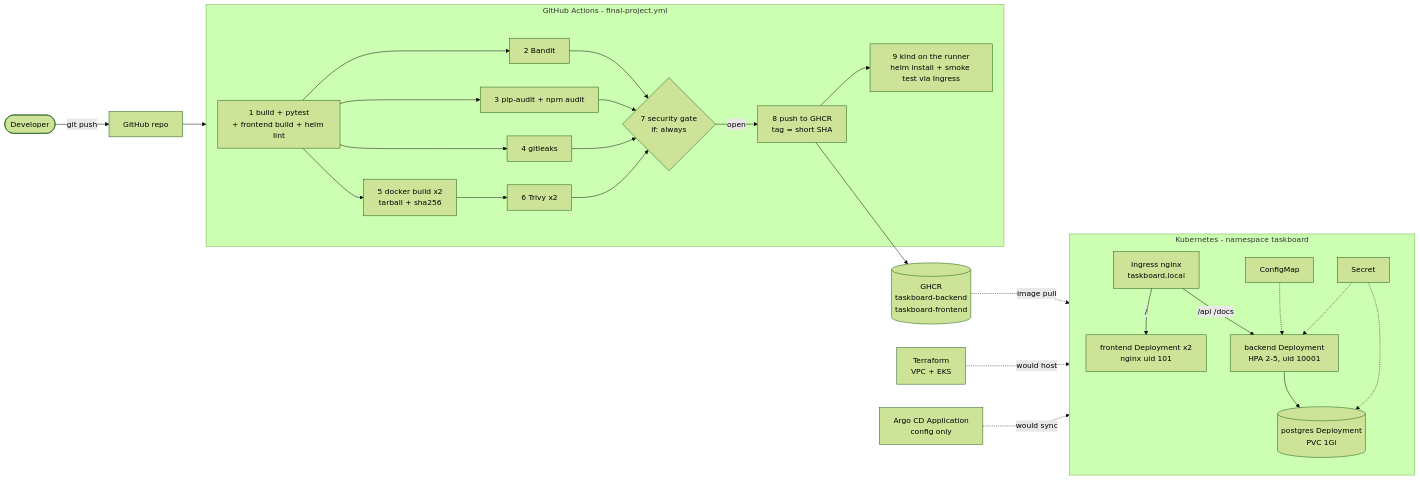
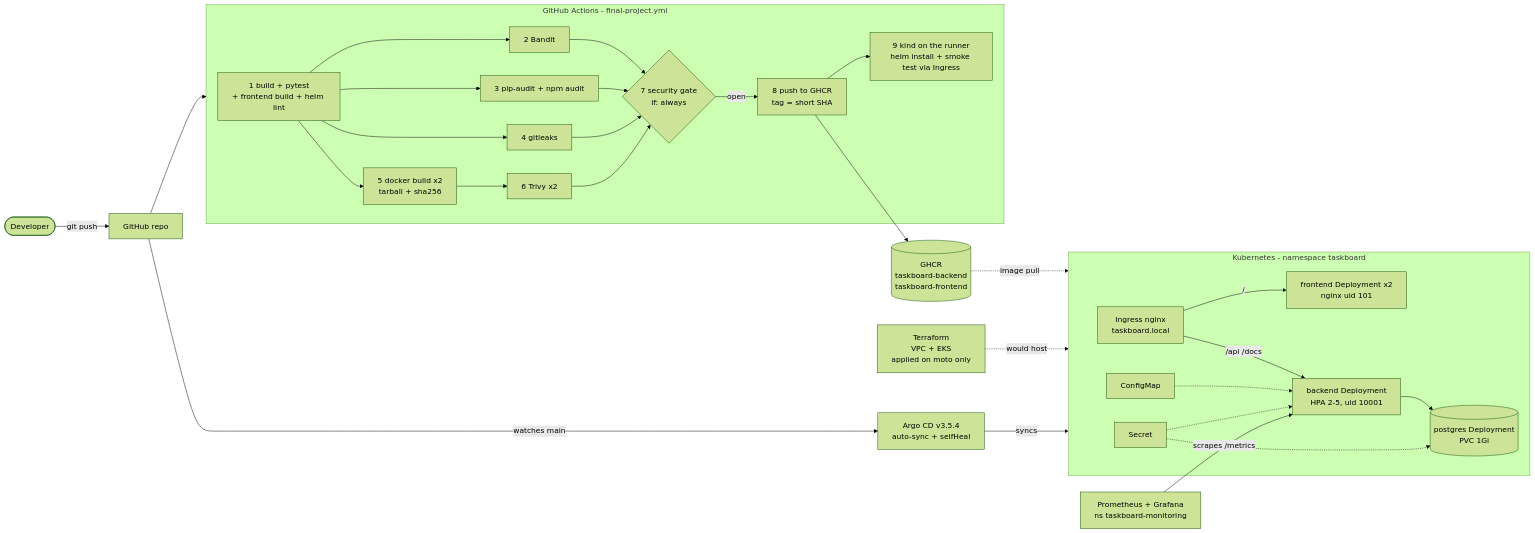
One commit to RajPrakash681/devops-heros-notes changed the diagram in session21-python/final-devops-project/README.md. Above: the diagram before and after it, drawn with Mermaid (forest theme). The commit also changed other lines of this file and 16 other files, not shown here.

First line of the commit message:
Session 21: run Terraform on moto, add Prometheus/Grafana and live Argo CD

````diff
--- a/session21-python/final-devops-project/README.md
+++ b/session21-python/final-devops-project/README.md
@@ -62,30 +62,32 @@
 ```mermaid
 flowchart LR
     dev([Developer]) -->|git push| gh[GitHub repo]
     gh --> ci
 
     subgraph ci["GitHub Actions - final-project.yml"]
         t[1 build + pytest<br/>+ frontend build + helm lint] --> sast[2 Bandit]
         t --> sca[3 pip-audit + npm audit]
         t --> sec[4 gitleaks]
         t --> db[5 docker build x2<br/>tarball + sha256]
         db --> tv[6 Trivy x2]
         sast & sca & sec & tv --> gate{7 security gate<br/>if: always}
         gate -->|open| push[8 push to GHCR<br/>tag = short SHA]
         push --> dep[9 kind on the runner<br/>helm install + smoke test via Ingress]
     end
 
     push --> ghcr[(GHCR<br/>taskboard-backend<br/>taskboard-frontend)]
 
     subgraph k8s["Kubernetes - namespace taskboard"]
         ing[Ingress nginx<br/>taskboard.local] -->|/| fe[frontend Deployment x2<br/>nginx uid 101]
         ing -->|/api /docs| be[backend Deployment<br/>HPA 2-5, uid 10001]
         be --> pg[(postgres Deployment<br/>PVC 1Gi)]
         cm[ConfigMap] -.-> be
         s[Secret] -.-> be & pg
     end
 
     ghcr -.->|image pull| k8s
-    tf[Terraform<br/>VPC + EKS] -.->|would host| k8s
-    argo[Argo CD Application<br/>config only] -.->|would sync| k8s
+    tf[Terraform<br/>VPC + EKS<br/>applied on moto only] -.->|would host| k8s
+    gh -->|watches main| argo[Argo CD v3.5.4<br/>auto-sync + selfHeal]
+    argo -->|syncs| k8s
+    prom[Prometheus + Grafana<br/>ns taskboard-monitoring] -->|scrapes /metrics| be
 ```
````
